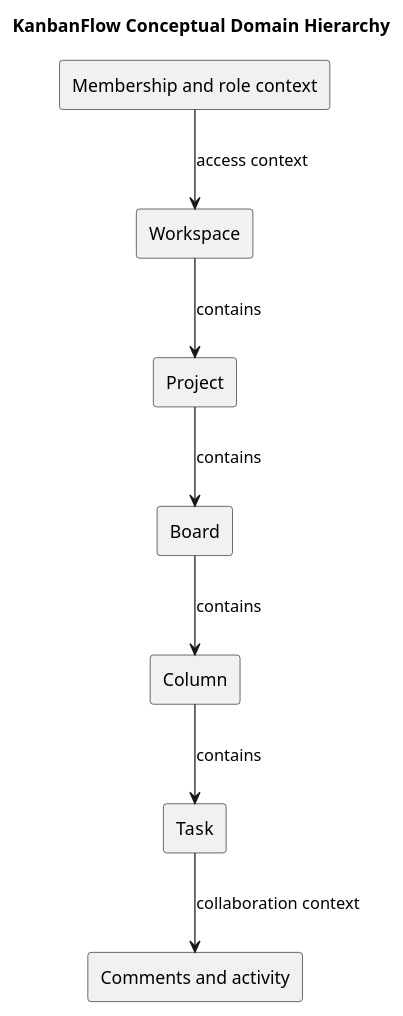
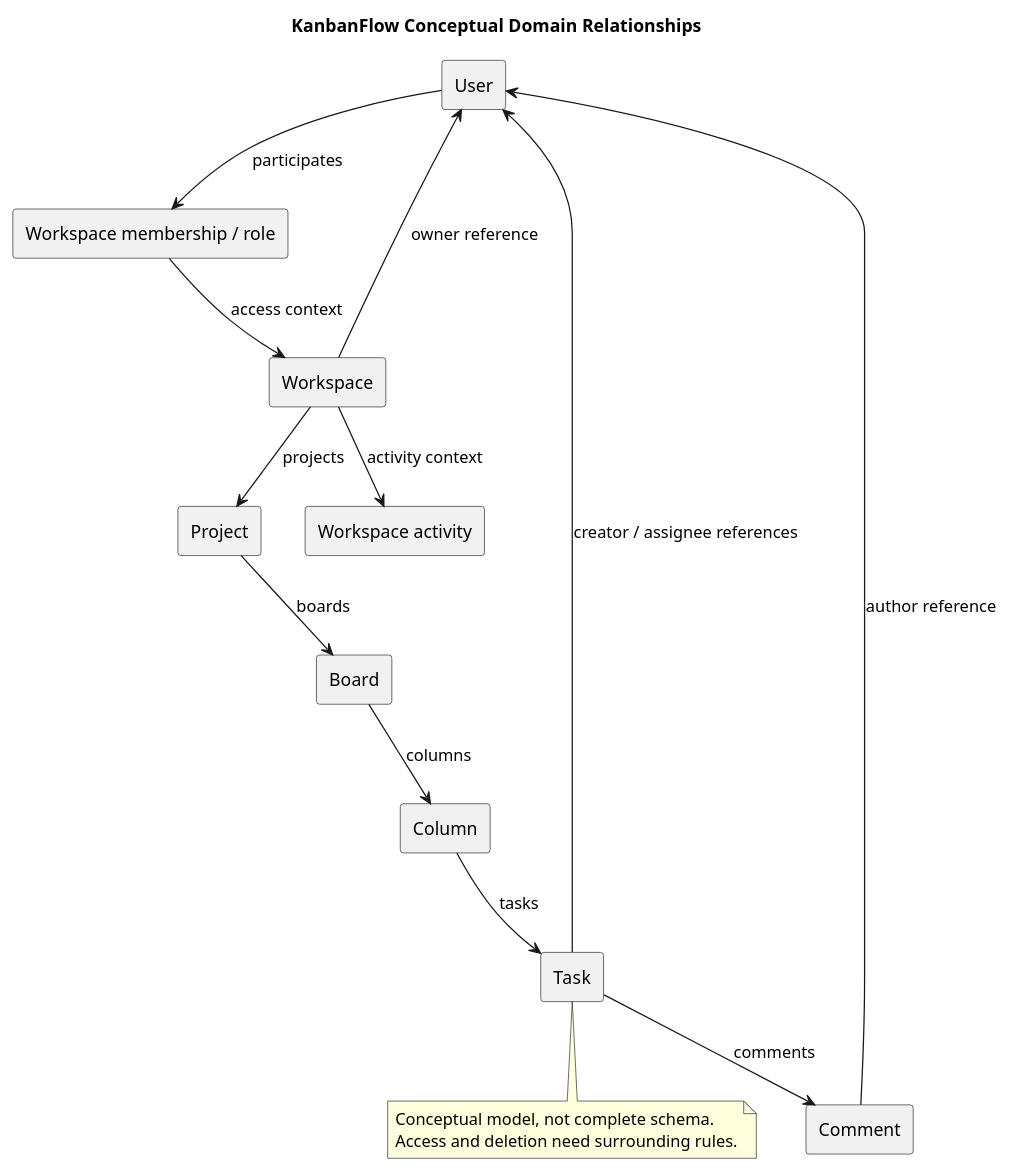
One commit to Farhad-Valizadegan/Web-KanbanFlow changed the diagram in docs/SDLC/03-analysis/domain-model.md. Above: the diagram before and after it, drawn with PlantUML. The commit also changed other lines of this file and 2 other files, not shown here.

Commit message:
docs: complete domain relationships invariants and change analysis

````diff
--- a/docs/SDLC/03-analysis/domain-model.md
+++ b/docs/SDLC/03-analysis/domain-model.md
@@ -44,18 +112,29 @@
 ```plantuml
 @startuml
-title KanbanFlow Conceptual Domain Hierarchy
+title KanbanFlow Conceptual Domain Relationships
+rectangle User as U
+rectangle "Workspace membership / role" as M
 rectangle Workspace as W
 rectangle Project as P
 rectangle Board as B
 rectangle Column as C
 rectangle Task as T
-rectangle "Membership and role context" as M
-rectangle "Comments and activity" as A
-W --> P : contains
-P --> B : contains
-B --> C : contains
-C --> T : contains
+rectangle Comment as N
+rectangle "Workspace activity" as A
+U --> M : participates
 M --> W : access context
-T --> A : collaboration context
+W --> U : owner reference
+W --> P : projects
+P --> B : boards
+B --> C : columns
+C --> T : tasks
+T --> U : creator / assignee references
+T --> N : comments
+N --> U : author reference
+W --> A : activity context
+note bottom of T
+Conceptual model, not complete schema.
+Access and deletion need surrounding rules.
+end note
 @enduml
 ```
````
